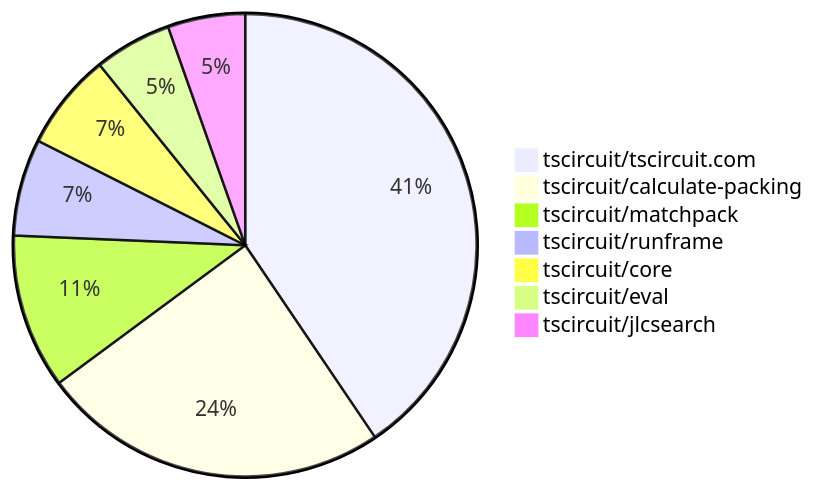
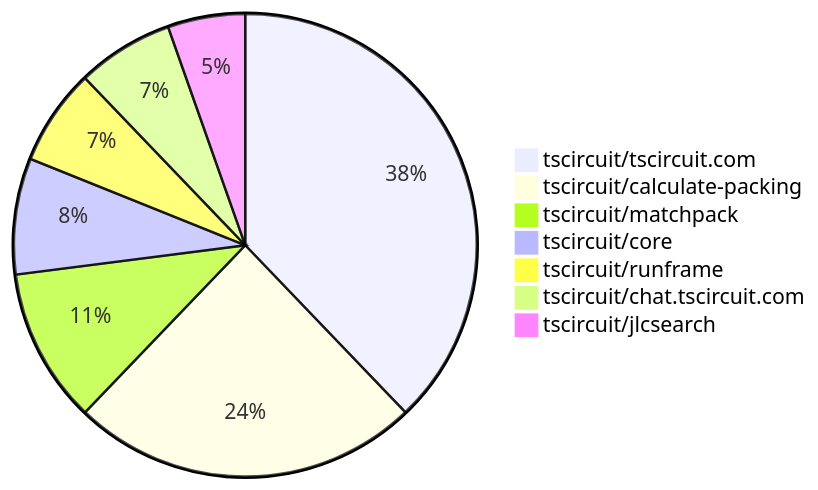
Before and after one commit to tscircuit/contribution-tracker: the second of 2 diagrams in README.md, drawn with Mermaid. The commit also changed other lines of this file and 3 other files, not shown here.

````diff
--- a/README.md
+++ b/README.md
@@ -90,10 +94,10 @@
 ```mermaid
 pie
-    "tscircuit/tscircuit.com" : 30
+    "tscircuit/tscircuit.com" : 28
     "tscircuit/calculate-packing" : 18
     "tscircuit/matchpack" : 8
+    "tscircuit/core" : 6
     "tscircuit/runframe" : 5
-    "tscircuit/core" : 5
-    "tscircuit/eval" : 4
+    "tscircuit/chat.tscircuit.com" : 5
     "tscircuit/jlcsearch" : 4
 ```
````
